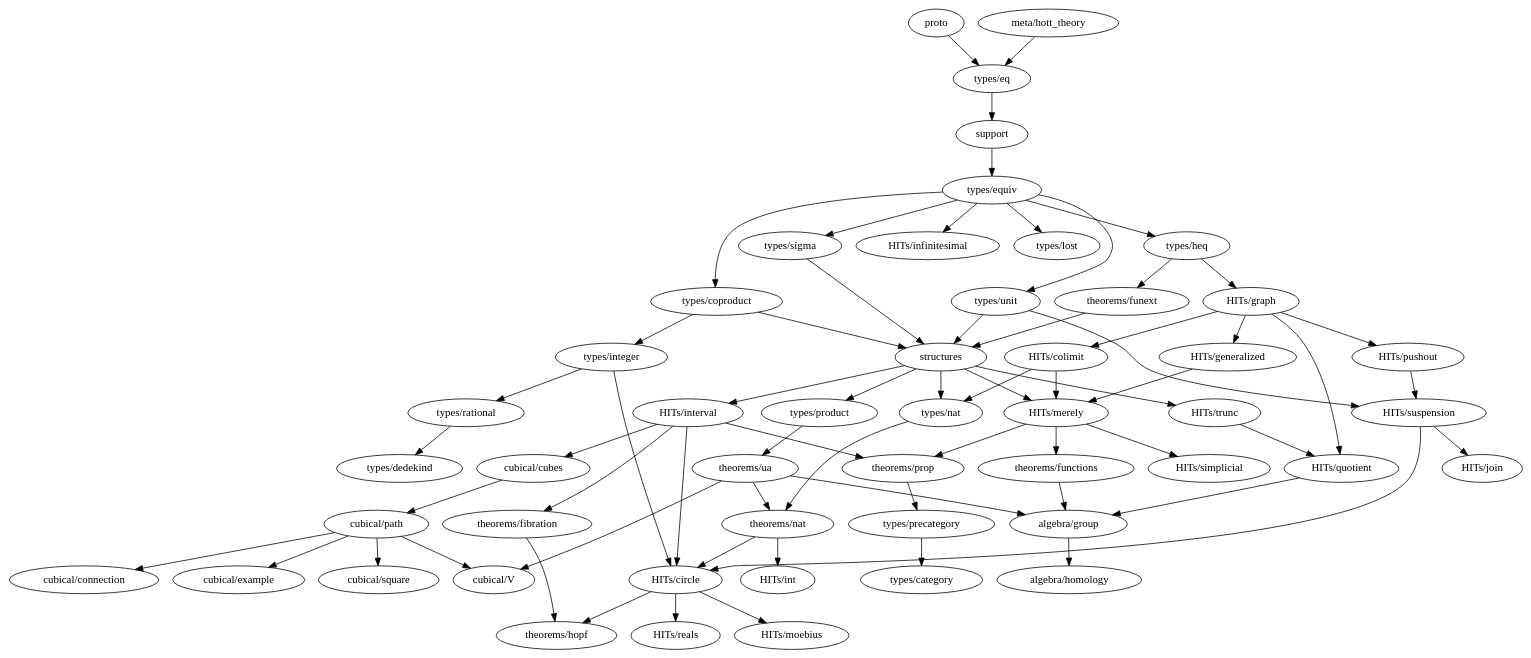
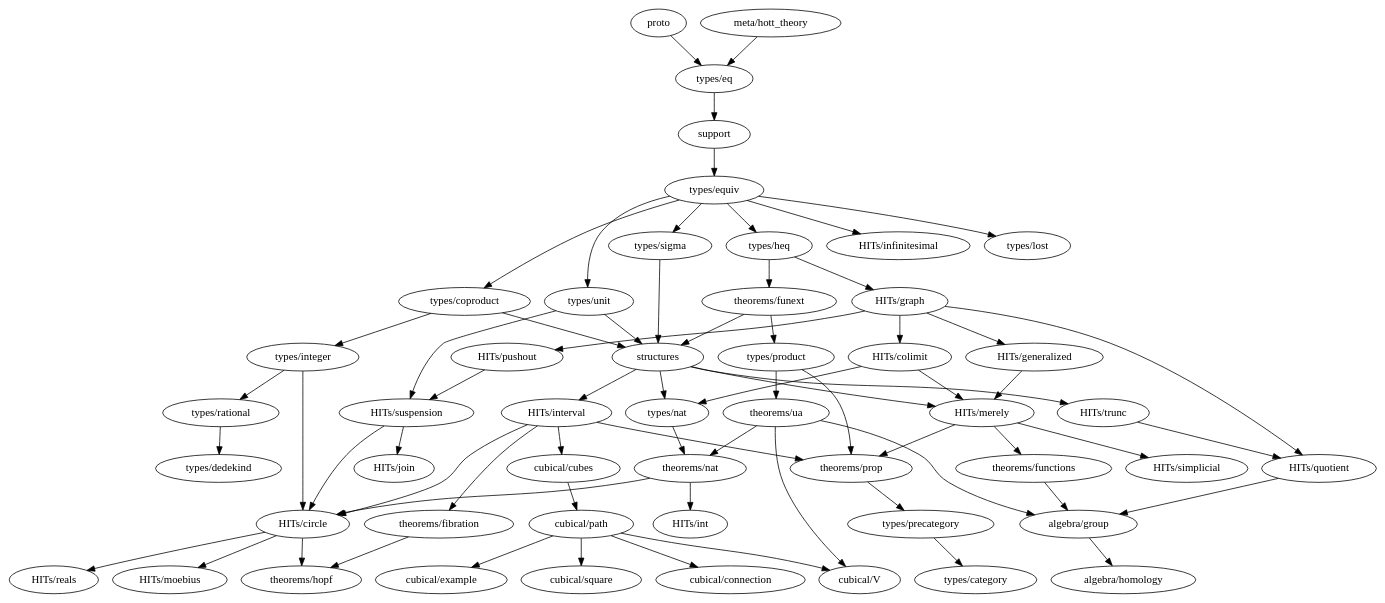
One commit to forked-from-1kasper/ground_zero changed the diagram in dependency_map.gv. Above: the diagram before and after it, drawn with Graphviz. The commit also changed 6 other files, not shown here.

```diff
--- a/dependency_map.gv
+++ b/dependency_map.gv
@@ -1,104 +1,103 @@
 digraph dependency_map {
   proto -> "types/eq"
   "meta/hott_theory" -> "types/eq"
   support -> "types/equiv"
   structures -> {
     "HITs/interval",
     "HITs/merely",
     "HITs/trunc",
-    "types/product",
     "types/nat"
   }
 
   subgraph algebra {
     "algebra/group" -> { "algebra/homology" }
     "algebra/homology"
   }
 
   subgraph types {
     "types/category"
     "types/coproduct" -> { "types/integer", structures }
     "types/dedekind"
     "types/eq" -> { support }
     "types/equiv" -> {
       "types/heq",
       "HITs/infinitesimal",
       "types/coproduct",
       "types/lost",
       "types/unit",
       "types/sigma"
     }
     "types/heq" -> {
       "HITs/graph", "theorems/funext"
     }
     "types/integer" -> {
       "HITs/circle",
       "types/rational"
     }
     "types/lost"
     "types/nat" -> { "theorems/nat" }
     "types/precategory" -> { "types/category" }
-    "types/product" -> { "theorems/ua" }
+    "types/product" -> { "theorems/prop", "theorems/ua" }
     "types/rational" -> { "types/dedekind" }
     "types/sigma" -> { structures }
     "types/unit" -> { structures, "HITs/suspension" }
   }
 
   subgraph HITs {
     "HITs/circle" -> { "theorems/hopf", "HITs/moebius", "HITs/reals" }
     "HITs/colimit" -> { "HITs/merely", "types/nat" }
     "HITs/generalized" -> "HITs/merely"
     "HITs/graph" -> {
       "HITs/colimit",
       "HITs/generalized",
       "HITs/pushout",
       "HITs/quotient"
     }
     "HITs/infinitesimal"
     "HITs/interval" -> {
       "cubical/cubes"
       "HITs/circle",
       "theorems/prop",
       "theorems/fibration"
     }
     "HITs/join"
     "HITs/merely" -> {
       "theorems/prop",
       "HITs/simplicial",
       "theorems/functions"
     }
     "HITs/moebius"
     "HITs/pushout" -> {
       "HITs/suspension"
     }
     "HITs/quotient" -> { "algebra/group" }
     "HITs/reals"
     "HITs/simplicial"
     "HITs/suspension" -> { "HITs/circle", "HITs/join" }
     "HITs/trunc" -> { "HITs/quotient" }
   }
 
   subgraph cubical {
     "cubical/connection"
     "cubical/cubes" -> "cubical/path"
     "cubical/example"
     "cubical/path" -> {
       "cubical/square",
       "cubical/example",
       "cubical/V",
       "cubical/connection"
     }
     "cubical/square"
     "cubical/V"
   }
 
   subgraph theorems {
     "theorems/fibration" -> { "theorems/hopf" }
     "theorems/functions" -> { "algebra/group" }
-    "theorems/funext" -> { structures }
+    "theorems/funext" -> { structures, "types/product" }
     "theorems/hopf"
     "theorems/nat" -> { "HITs/circle", "HITs/int" }
     "theorems/prop" -> { "types/precategory" }
     "theorems/ua" -> { "algebra/group", "theorems/nat", "cubical/V" }
   }
 }
```
